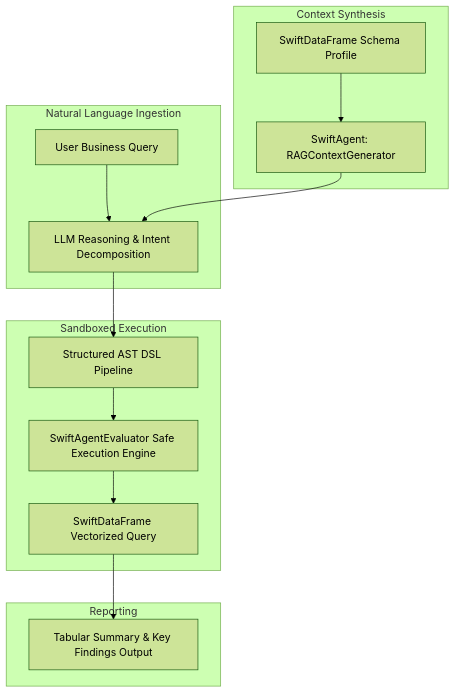
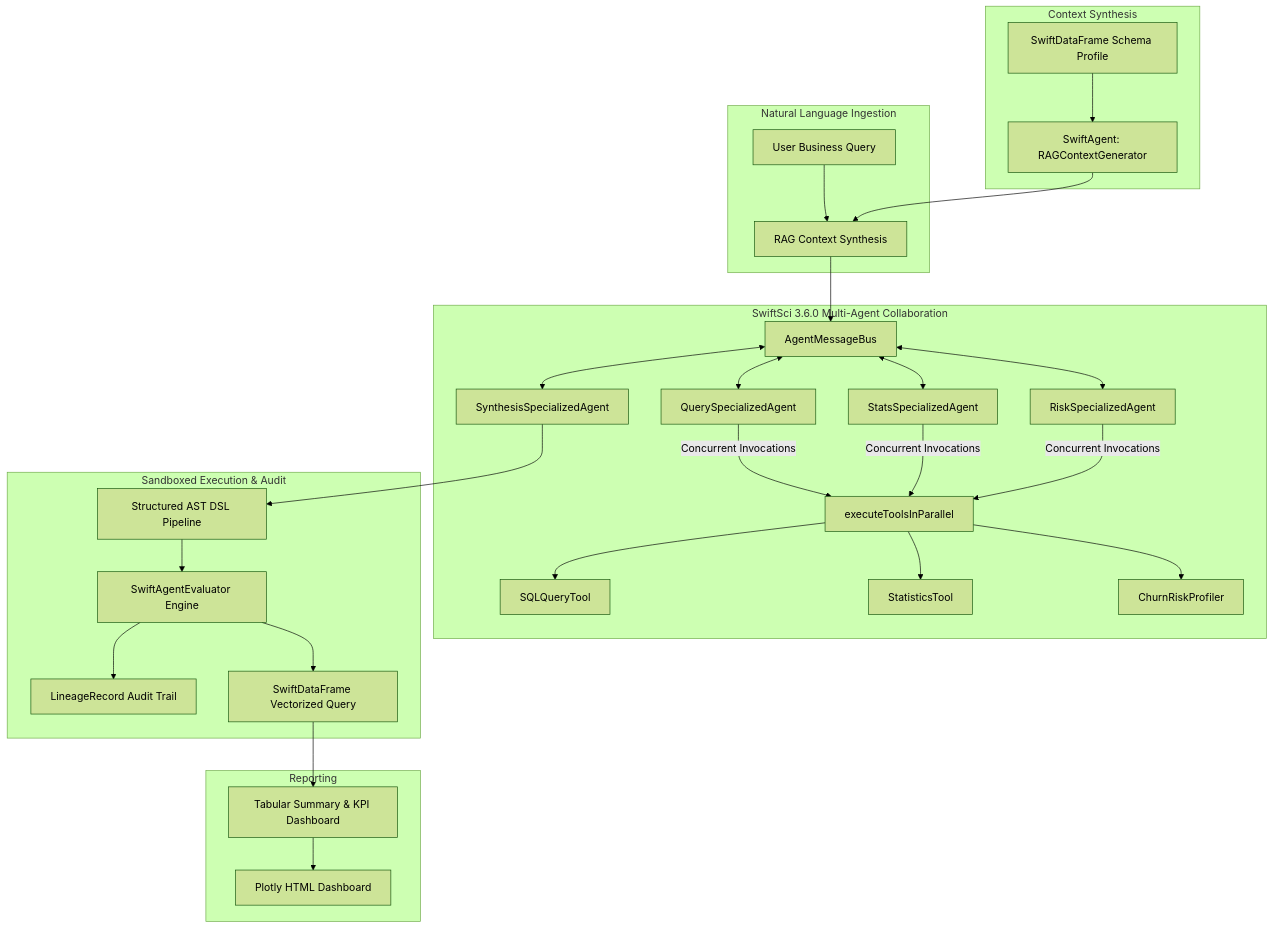
The diagram in GUIDE.md (Nodibell/SwiftDataAnalyst-Agent), drawn with Mermaid (forest theme) before and after one commit. The commit also changed other lines of this file and 6 other files, not shown here.

Commit message:
feat: upgrade to SwiftSci 3.6.0 with MultiAgentOrchestrator, LineageRecord audit trail, and 10-test suite

````diff
--- a/GUIDE.md
+++ b/GUIDE.md
@@ -9,21 +9,36 @@
 ```mermaid
 flowchart TD
     subgraph Natural Language Ingestion
-        A[User Business Query] --> B[LLM Reasoning & Intent Decomposition]
+        A[User Business Query] --> B[RAG Context Synthesis]
     end
 
     subgraph Context Synthesis
         C[SwiftDataFrame Schema Profile] --> D[SwiftAgent: RAGContextGenerator]
         D --> B
     end
 
-    subgraph Sandboxed Execution
-        B --> E[Structured AST DSL Pipeline]
-        E --> F[SwiftAgentEvaluator Safe Execution Engine]
-        F --> G[SwiftDataFrame Vectorized Query]
+    subgraph MultiAgentOrchestrator [SwiftSci 3.6.0 Multi-Agent Collaboration]
+        B --> M[AgentMessageBus]
+        M <--> AG1[QuerySpecializedAgent]
+        M <--> AG2[StatsSpecializedAgent]
+        M <--> AG3[RiskSpecializedAgent]
+        M <--> AG4[SynthesisSpecializedAgent]
+        
+        AG1 & AG2 & AG3 -->|Concurrent Invocations| TP[executeToolsInParallel]
+        TP --> T1[SQLQueryTool]
+        TP --> T2[StatisticsTool]
+        TP --> T3[ChurnRiskProfiler]
+    end
+
+    subgraph Sandboxed Execution & Audit
+        AG4 --> E[Structured AST DSL Pipeline]
+        E --> F[SwiftAgentEvaluator Engine]
+        F --> G[LineageRecord Audit Trail]
+        F --> H[SwiftDataFrame Vectorized Query]
     end
 
     subgraph Reporting
-        G --> H[Tabular Summary & Key Findings Output]
+        H --> I[Tabular Summary & KPI Dashboard]
+        I --> J[Plotly HTML Dashboard]
     end
 ```
````
